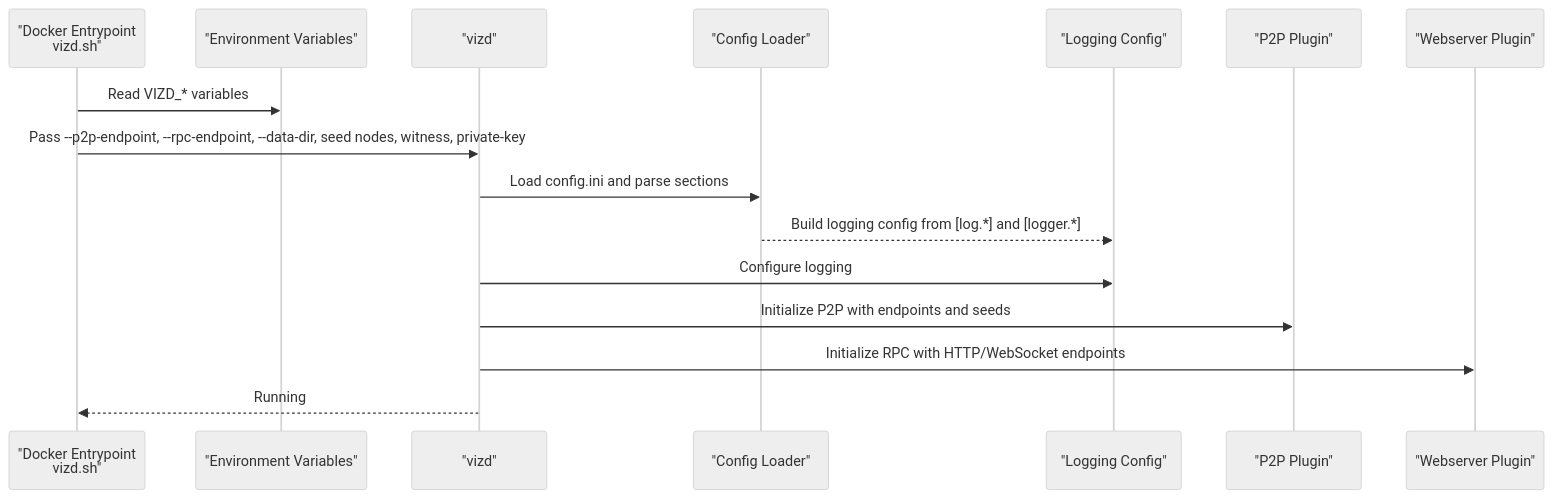
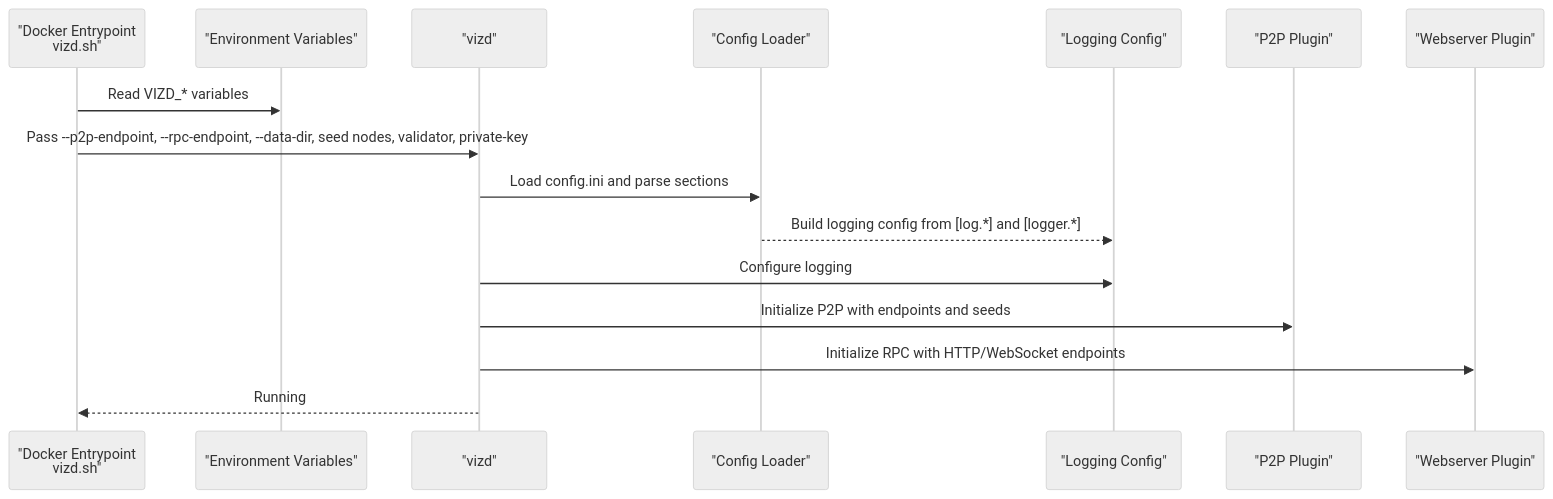
The second of 5 diagrams in .qoder/repowiki/en/content/Deployment and Operations/Node Deployment/Node Deployment.md (VIZ-Blockchain/viz-cpp-node), drawn with Mermaid (neutral theme) before and after one commit. The commit also changed other lines of this file and 88 other files, not shown here.

First line of the commit message:
docs(validator): rename witness to validator throughout documentation

````diff
--- a/.qoder/repowiki/en/content/Deployment and Operations/Node Deployment/Node Deployment.md
+++ b/.qoder/repowiki/en/content/Deployment and Operations/Node Deployment/Node Deployment.md
@@ -110,18 +110,18 @@
 ```mermaid
 sequenceDiagram
 participant Entrypoint as "Docker Entrypoint<br/>vizd.sh"
 participant Env as "Environment Variables"
 participant Vizd as "vizd"
 participant Cfg as "Config Loader"
 participant Log as "Logging Config"
 participant P2P as "P2P Plugin"
 participant RPC as "Webserver Plugin"
 Entrypoint->>Env : Read VIZD_* variables
-Entrypoint->>Vizd : Pass --p2p-endpoint, --rpc-endpoint, --data-dir, seed nodes, witness, private-key
+Entrypoint->>Vizd : Pass --p2p-endpoint, --rpc-endpoint, --data-dir, seed nodes, validator, private-key
 Vizd->>Cfg : Load config.ini and parse sections
 Cfg-->>Log : Build logging config from [log.*] and [logger.*]
 Vizd->>Log : Configure logging
 Vizd->>P2P : Initialize P2P with endpoints and seeds
 Vizd->>RPC : Initialize RPC with HTTP/WebSocket endpoints
 Vizd-->>Entrypoint : Running
 ```
````
